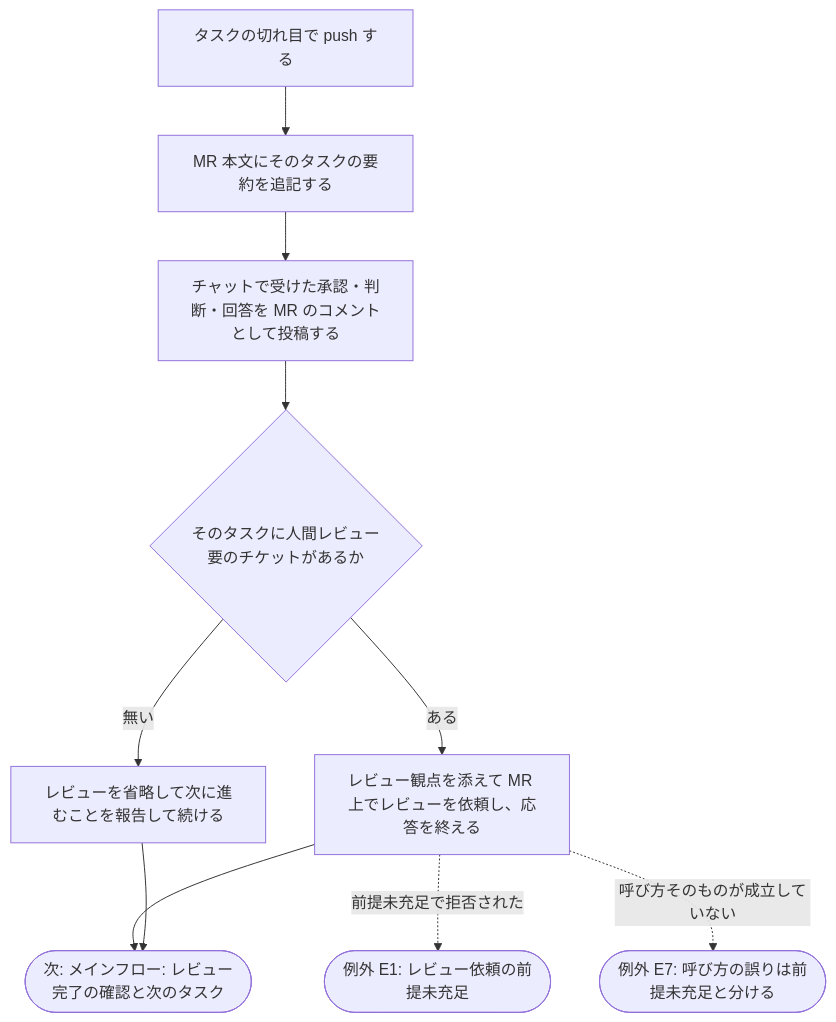
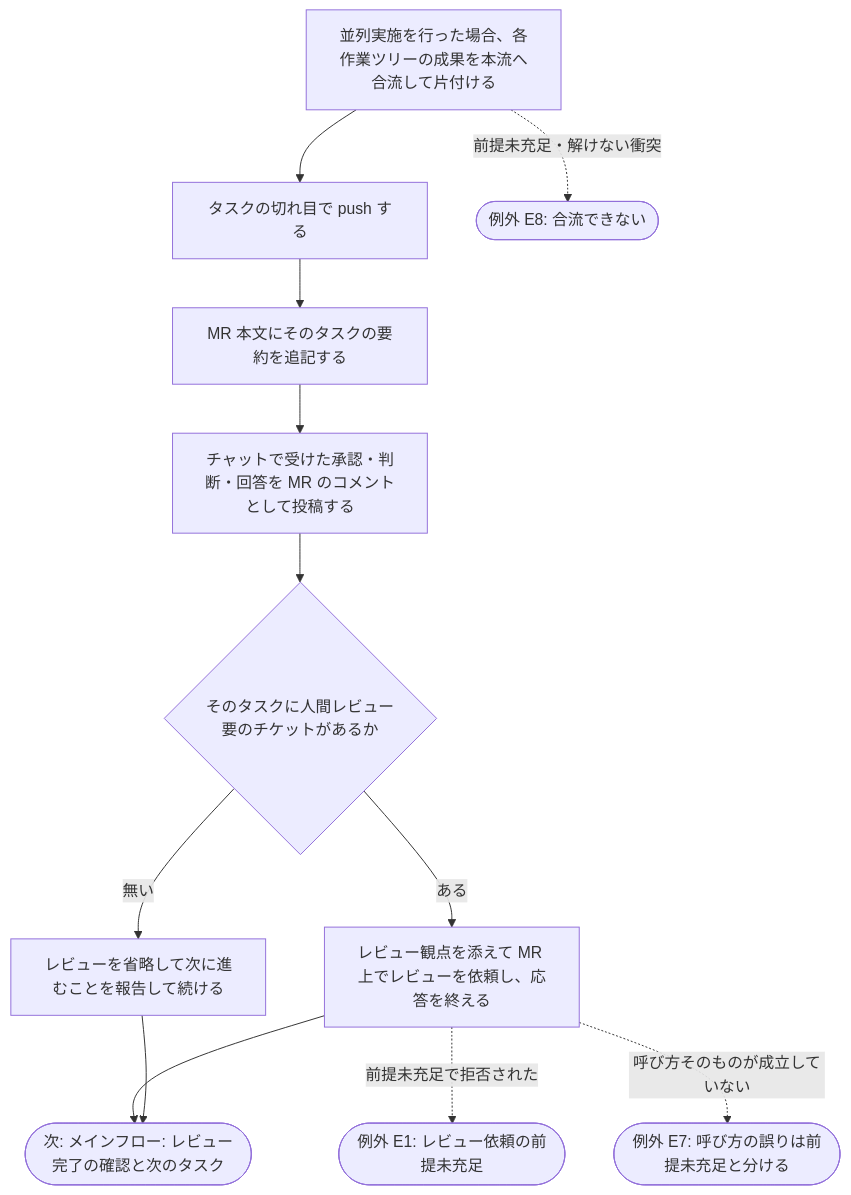
One commit to yuki-matsu783/issue-mr-ticket-workflow changed the second of 3 diagrams in .claude/docs/00_requirement/skills/00-workflow-issue-mr-driven.md. Above: the diagram before and after it, drawn with Mermaid. The commit also changed other lines of this file and 84 other files, not shown here.

````diff
--- a/.claude/docs/00_requirement/skills/00-workflow-issue-mr-driven.md
+++ b/.claude/docs/00_requirement/skills/00-workflow-issue-mr-driven.md
@@ -74,16 +85,19 @@
 ```mermaid
 flowchart TD
-  M8[タスクの切れ目で push する]
-  M8 --> M9[MR 本文にそのタスクの要約を追記する]
-  M9 --> M10[チャットで受けた承認・判断・回答を MR のコメントとして投稿する]
-  M10 --> M11{そのタスクに人間レビュー要のチケットがあるか}
-  M11 -->|ある| M12[レビュー観点を添えて MR 上でレビューを依頼し、応答を終える]
-  M11 -->|無い| M13[レビューを省略して次に進むことを報告して続ける]
-  M12 --> N2
-  M13 --> N2
-  M12 -.->|前提未充足で拒否された| E1
-  M12 -.->|呼び方そのものが成立していない| E7
+  M11[並列実施を行った場合、各作業ツリーの成果を本流へ合流して片付ける]
+  M11 --> M12[タスクの切れ目で push する]
+  M12 --> M13[MR 本文にそのタスクの要約を追記する]
+  M13 --> M14[チャットで受けた承認・判断・回答を MR のコメントとして投稿する]
+  M14 --> M15{そのタスクに人間レビュー要のチケットがあるか}
+  M15 -->|ある| M16[レビュー観点を添えて MR 上でレビューを依頼し、応答を終える]
+  M15 -->|無い| M17[レビューを省略して次に進むことを報告して続ける]
+  M16 --> N2
+  M17 --> N2
+  M11 -.->|前提未充足・解けない衝突| E8
+  M16 -.->|前提未充足で拒否された| E1
+  M16 -.->|呼び方そのものが成立していない| E7
   N2([次: メインフロー: レビュー完了の確認と次のタスク])
   E1([例外 E1: レビュー依頼の前提未充足])
   E7([例外 E7: 呼び方の誤りは前提未充足と分ける])
+  E8([例外 E8: 合流できない])
 ```
````
